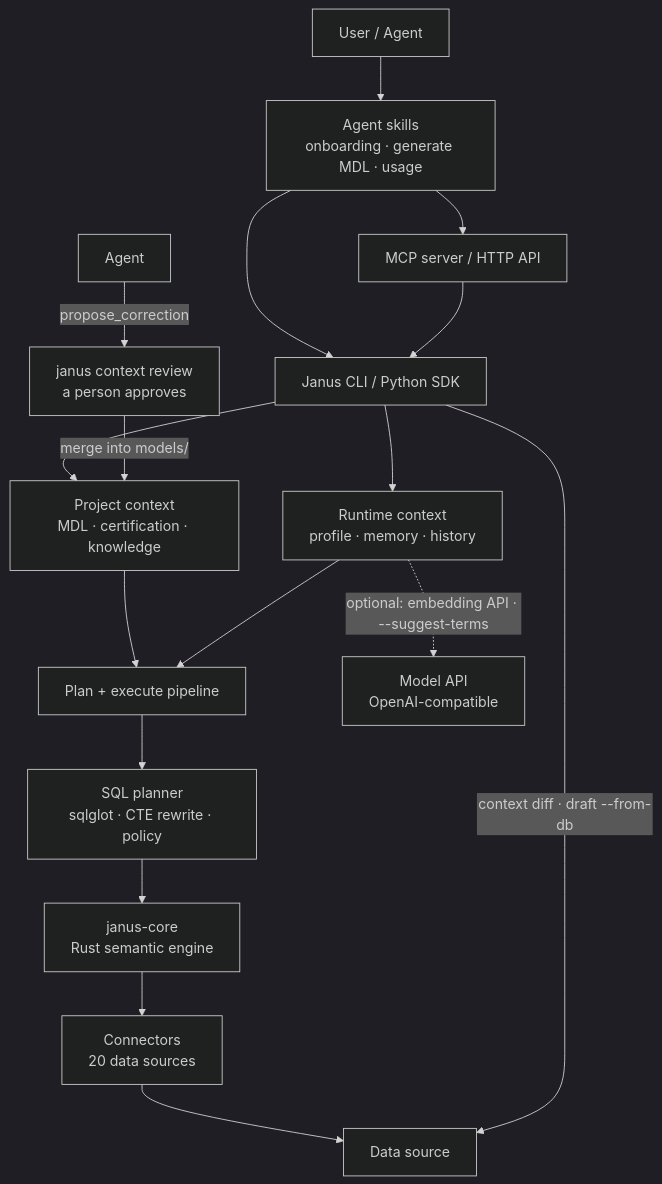
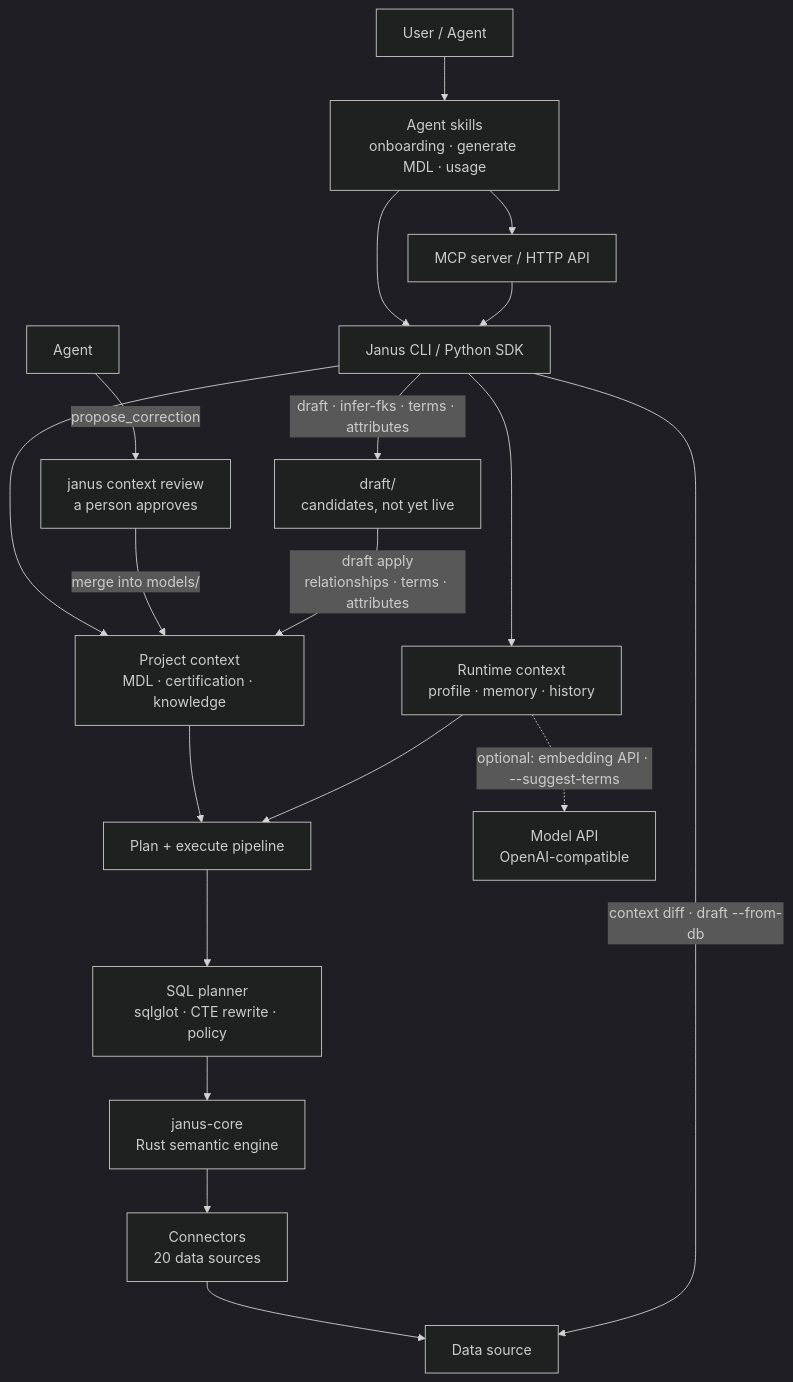
Before and after one commit to zsjtiger/WrenAI: the first of 2 diagrams in docs/core/reference/architecture.md, drawn with Mermaid (dark theme). The commit also changed 4 other files, not shown here.

First line of the commit message:
docs: show the draft layer and semantic inference in the architecture figure

````diff
--- a/docs/core/reference/architecture.md
+++ b/docs/core/reference/architecture.md
@@ -38,23 +38,25 @@
 ```mermaid
 flowchart TD
   user["User / Agent"] --> skills["Agent skills<br/>onboarding · generate MDL · usage"]
   skills --> cli["Janus CLI / Python SDK"]
   skills --> api["MCP server / HTTP API"]
   api --> cli
 
   cli --> project["Project context<br/>MDL · certification · knowledge"]
   cli --> runtime["Runtime context<br/>profile · memory · history"]
 
   project --> orchestrator["Plan + execute pipeline"]
   runtime --> orchestrator
 
   orchestrator --> planner["SQL planner<br/>sqlglot · CTE rewrite · policy"]
   planner --> core["janus-core<br/>Rust semantic engine"]
   core --> connectors["Connectors<br/>20 data sources"]
   connectors --> data["Data source"]
 
   cli -->|"context diff · draft --from-db"| data
   agent["Agent"] -->|"propose_correction"| review["janus context review<br/>a person approves"]
   review -->|"merge into models/"| project
+  cli -->|"draft · infer-fks · terms · attributes"| draft["draft/<br/>candidates, not yet live"]
+  draft -->|"draft apply<br/>relationships · terms · attributes"| project
   runtime -.->|"optional: embedding API · --suggest-terms"| models["Model API<br/>OpenAI-compatible"]
 ```
````
